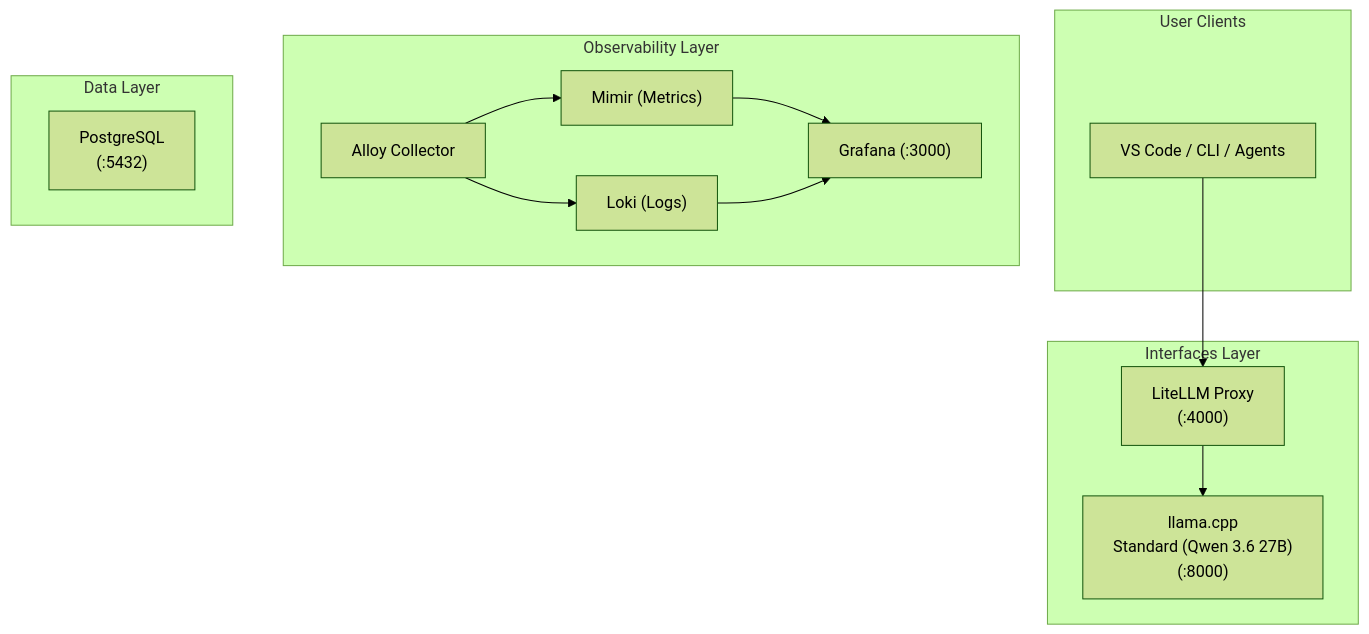
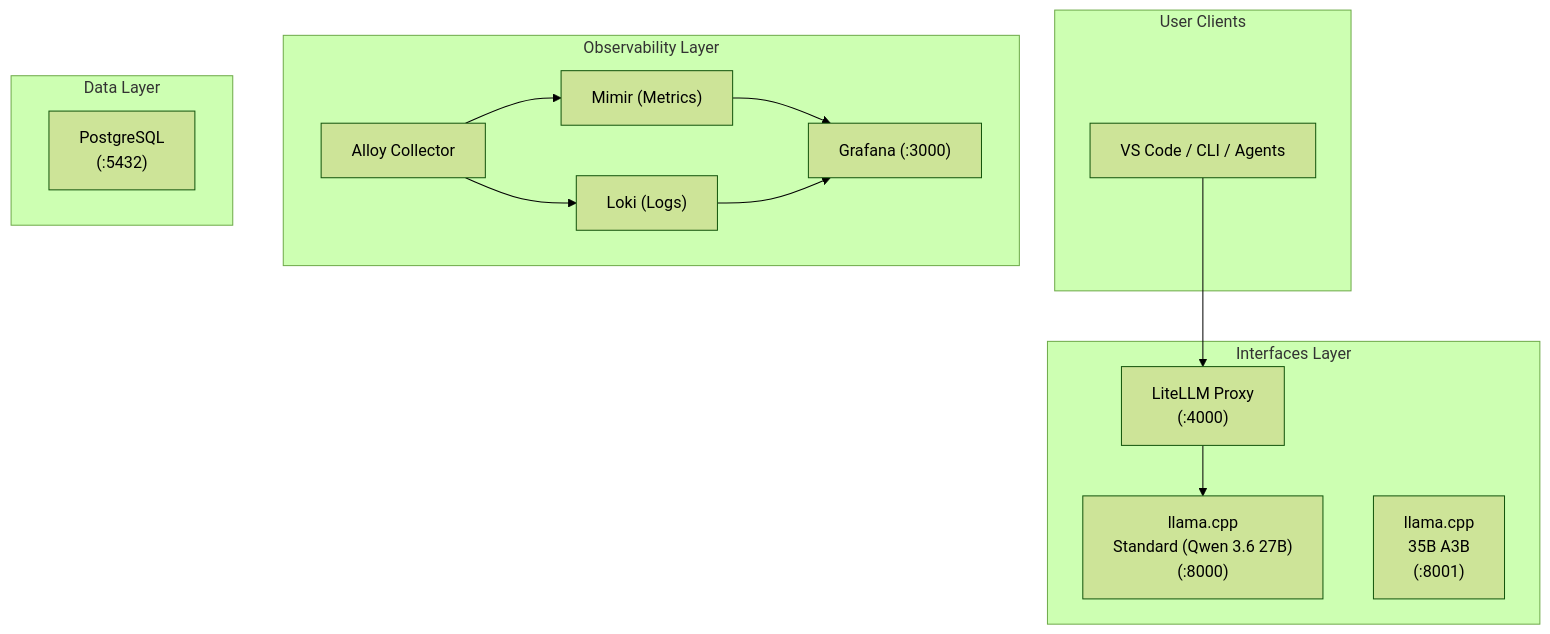
One commit to nilayparikh/spark-init changed the first of 2 diagrams in docs/architecture/overview.md. Above: the diagram before and after it, drawn with Mermaid (forest theme). The commit also changed other lines of this file and 7 other files, not shown here.

````diff
--- a/docs/architecture/overview.md
+++ b/docs/architecture/overview.md
@@ -7,29 +7,30 @@
 ```mermaid
 graph TB
     subgraph "User Clients"
         A["VS Code / CLI / Agents"]
     end
 
     subgraph "Interfaces Layer"
         B["LiteLLM Proxy<br/>(:4000)"]
         C["llama.cpp<br/>Standard (Qwen 3.6 27B)<br/>(:8000)"]
+        D["llama.cpp<br/>35B A3B<br/>(:8001)"]
     end
 
     subgraph "Observability Layer"
         E["Alloy Collector"]
         F["Mimir (Metrics)"]
         G["Loki (Logs)"]
         H["Grafana (:3000)"]
     end
 
     subgraph "Data Layer"
         I["PostgreSQL<br/>(:5432)"]
     end
 
     A --> B
     B --> C
     E --> F
     E --> G
     F --> H
     G --> H
 ```
````
